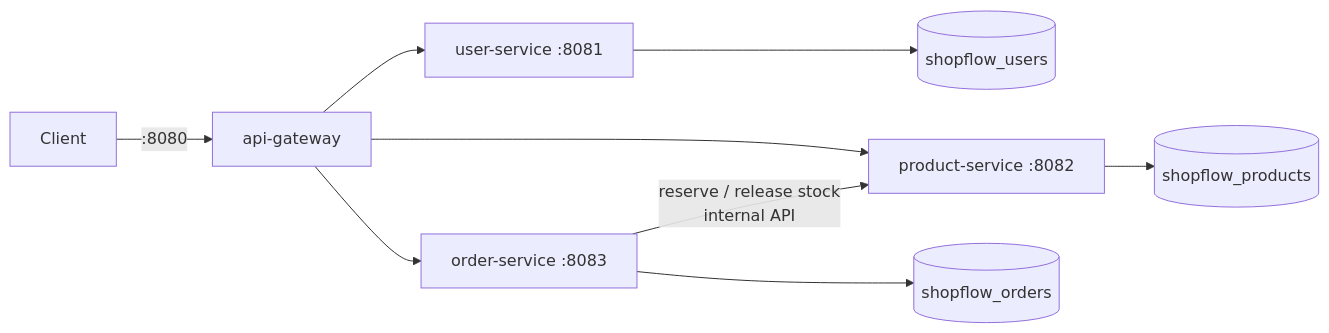
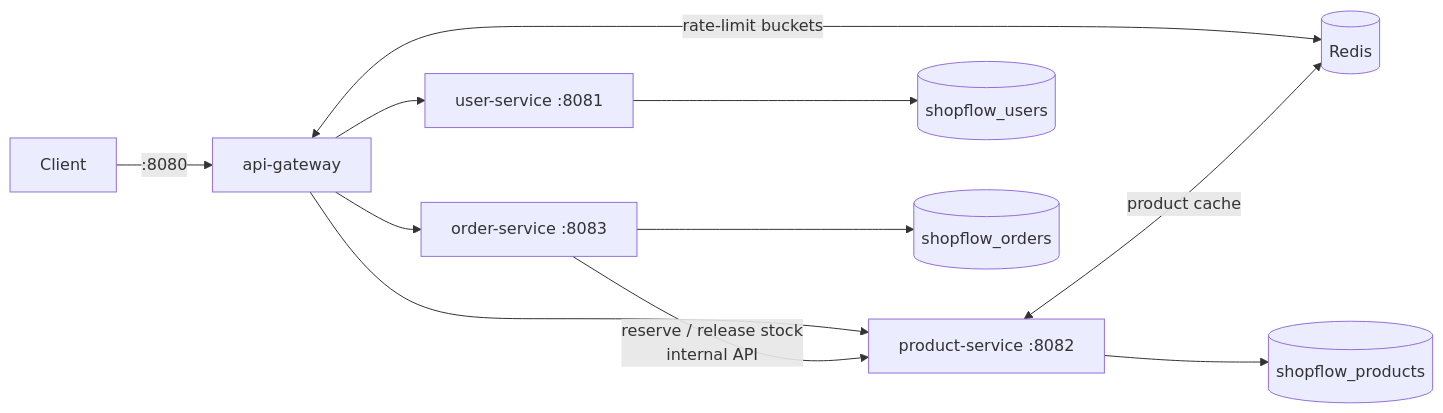
The first of 2 diagrams in README.md (ajyjandyal/shopflow), drawn with Mermaid before and after one commit. The commit also changed other lines of this file and 37 other files, not shown here.

Commit message:
Phase 3: Redis product cache with after-commit eviction, gateway rate limiting

````diff
--- a/README.md
+++ b/README.md
@@ -26,11 +29,13 @@
 ```mermaid
 flowchart LR
     C[Client] -->|:8080| GW[api-gateway]
     GW --> US[user-service :8081]
     GW --> PS[product-service :8082]
     GW --> OS[order-service :8083]
+    GW <-->|rate-limit buckets| R[(Redis)]
+    PS <-->|product cache| R
     OS -->|reserve / release stock<br/>internal API| PS
     US --> UDB[(shopflow_users)]
     PS --> PDB[(shopflow_products)]
     OS --> ODB[(shopflow_orders)]
 ```
````
